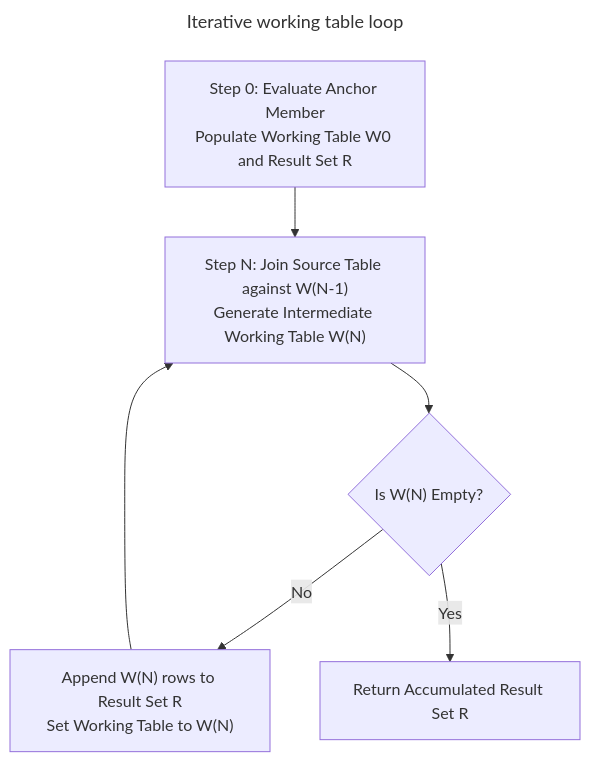
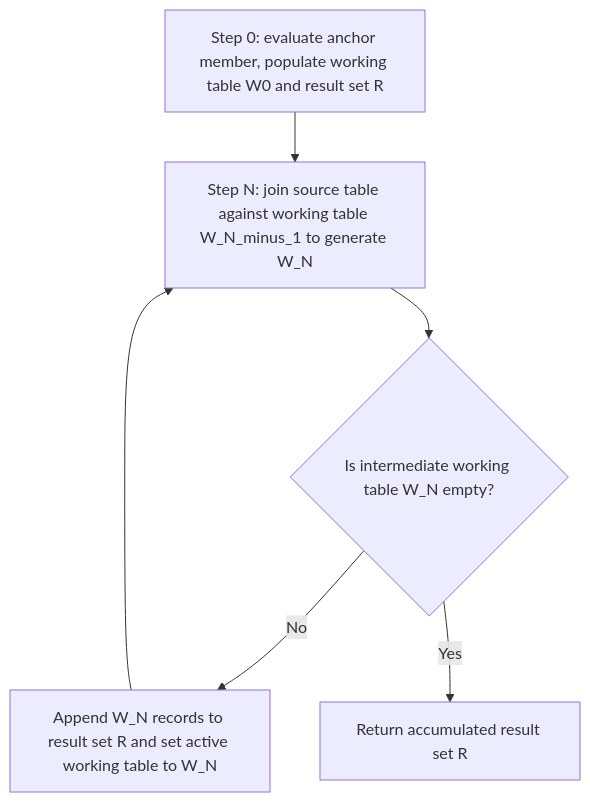
The second of 3 diagrams in content/sql/recursive-queries-and-graph-traversals.md (VineethChivukula/dedocs), drawn with Mermaid before and after one commit. The commit also changed other lines of this file and 26 other files, not shown here.

````diff
--- a/content/sql/recursive-queries-and-graph-traversals.md
+++ b/content/sql/recursive-queries-and-graph-traversals.md
@@ -91,17 +116,14 @@
 ```mermaid
----
-title: Iterative working table loop
----
 flowchart TD
-    Init["Step 0: Evaluate Anchor Member<br/>Populate Working Table W0 and Result Set R"]
-    Eval["Step N: Join Source Table against W(N-1)<br/>Generate Intermediate Working Table W(N)"]
-    Check{"Is W(N) Empty?"}
-    Append["Append W(N) rows to Result Set R<br/>Set Working Table to W(N)"]
-    Done["Return Accumulated Result Set R"]
+    Init["Step 0: evaluate anchor member, populate working table W0 and result set R"]
+    Eval["Step N: join source table against working table W_N_minus_1 to generate W_N"]
+    Check{"Is intermediate working table W_N empty?"}
+    Append["Append W_N records to result set R and set active working table to W_N"]
+    Done["Return accumulated result set R"]
 
     Init --> Eval
     Eval --> Check
     Check -- No --> Append
     Append --> Eval
     Check -- Yes --> Done
 ```
````
